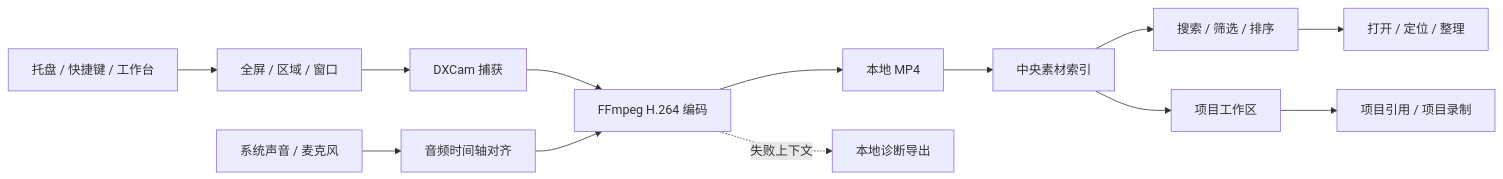
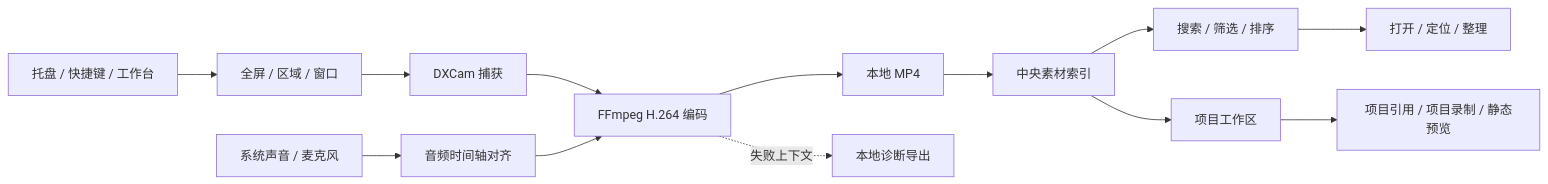
One commit to NzyZzz1998/QuickRec changed the diagram in README.md. Above: the diagram before and after it, drawn with Mermaid. The commit also changed other lines of this file and 53 other files, not shown here.

````diff
--- a/README.md
+++ b/README.md
@@ -112,15 +147,15 @@
 ```mermaid
 flowchart LR
     A["托盘 / 快捷键 / 工作台"] --> B["全屏 / 区域 / 窗口"]
     B --> C["DXCam 捕获"]
     D["系统声音 / 麦克风"] --> E["音频时间轴对齐"]
     C --> F["FFmpeg H.264 编码"]
     E --> F
     F --> G["本地 MP4"]
     G --> H["中央素材索引"]
     H --> I["搜索 / 筛选 / 排序"]
     I --> J["打开 / 定位 / 整理"]
     H --> L["项目工作区"]
-    L --> M["项目引用 / 项目录制"]
+    L --> M["项目引用 / 项目录制 / 静态预览"]
     F -. "失败上下文" .-> K["本地诊断导出"]
 ```
````
